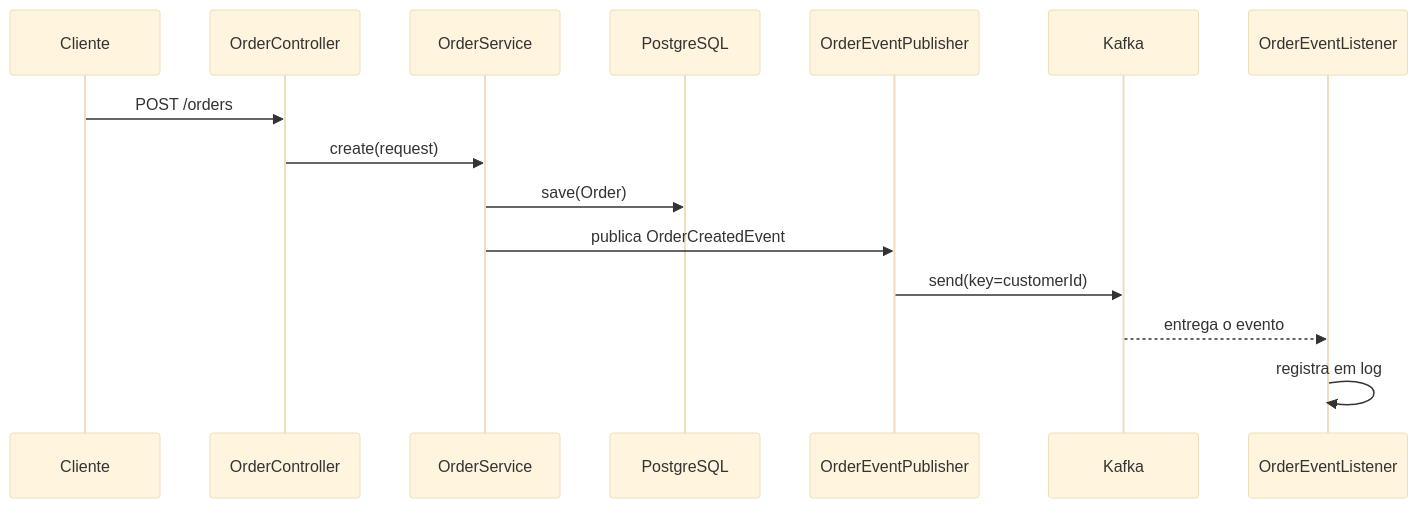
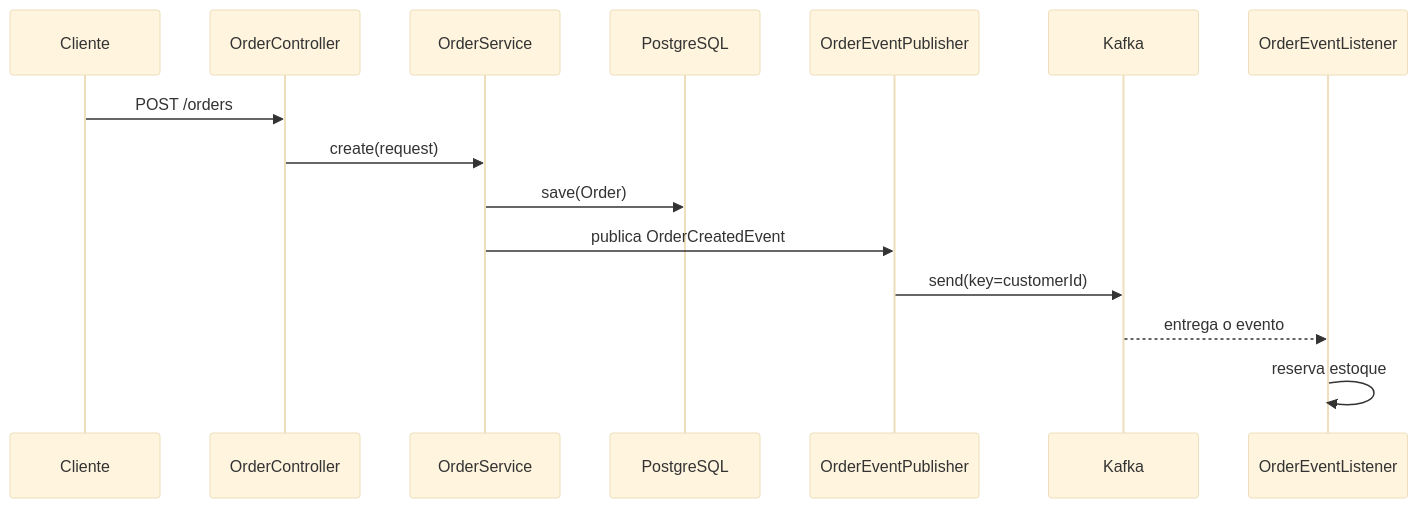
One commit to GiovaniCancherini/sales-events-java changed the third of 6 diagrams in docs/architecture.md. Above: the diagram before and after it, drawn with Mermaid (base theme). The commit also changed other lines of this file and 5 other files, not shown here.

````diff
--- a/docs/architecture.md
+++ b/docs/architecture.md
@@ -73,17 +73,17 @@
 ```mermaid
 sequenceDiagram
     participant C as Cliente
     participant API as OrderController
     participant S as OrderService
     participant DB as PostgreSQL
     participant P as OrderEventPublisher
     participant K as Kafka
     participant L as OrderEventListener
     C->>API: POST /orders
     API->>S: create(request)
     S->>DB: save(Order)
     S->>P: publica OrderCreatedEvent
     P->>K: send(key=customerId)
     K-->>L: entrega o evento
-    L->>L: registra em log
+    L->>L: reserva estoque
 ```
````
